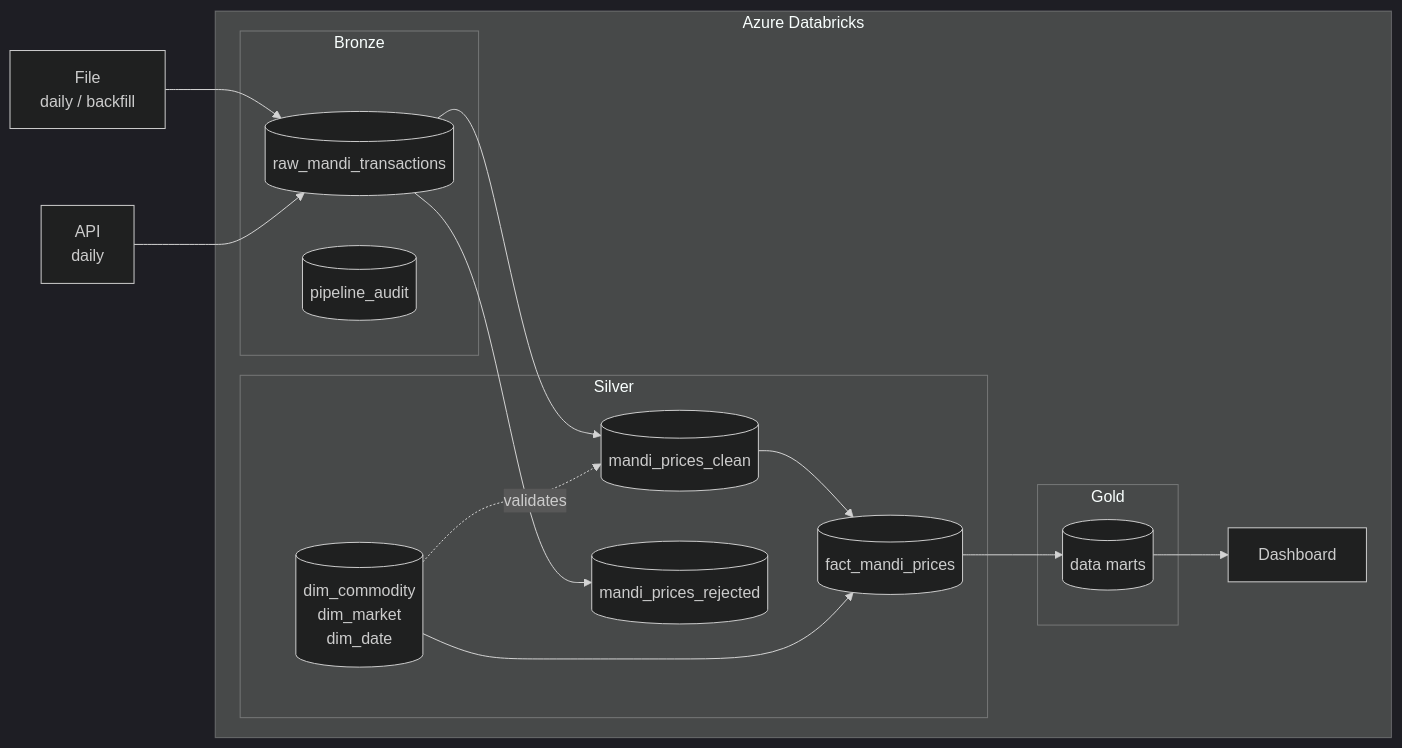
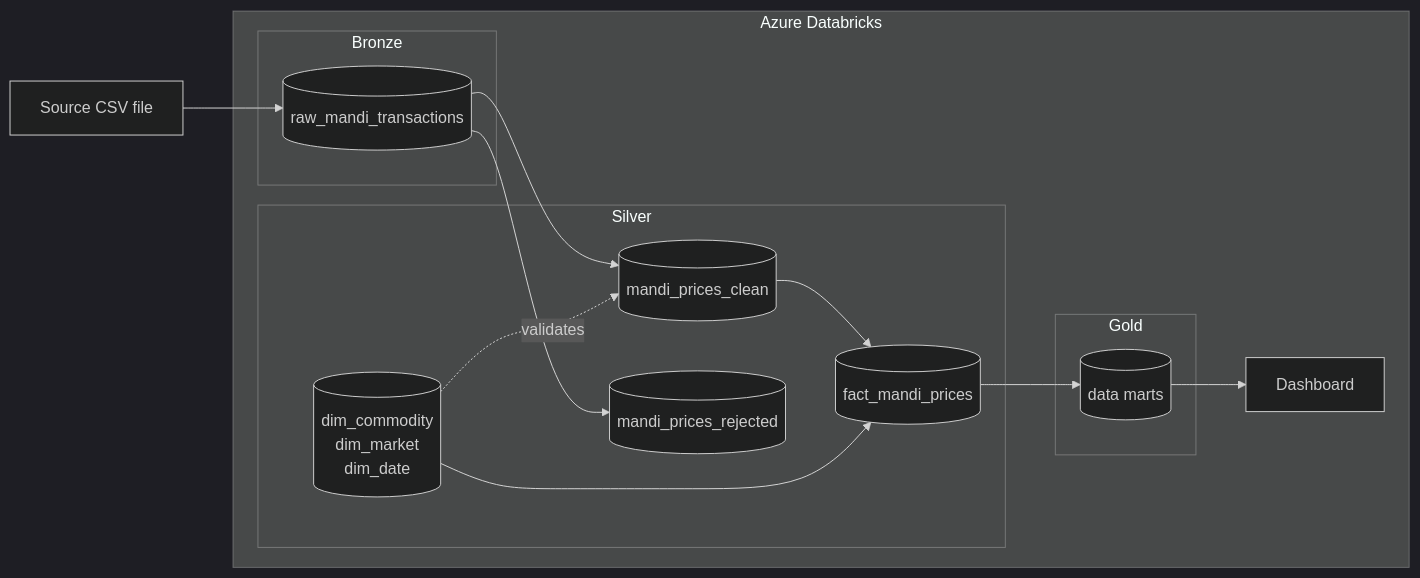
The diagram in README.md (engineer-jeetdhanesha/gujarat-mandi-pipeline), drawn with Mermaid (dark theme) before and after one commit. The commit also changed other lines of this file and 4 other files, not shown here.

````diff
--- a/README.md
+++ b/README.md
@@ -58,28 +58,26 @@
 ```mermaid
 flowchart LR
-  FILE["File<br/>daily / backfill"] --> RAW
-  API["API<br/>daily"] --> RAW
+  FILE["Source CSV file"] --> RAW
   subgraph Databricks["Azure Databricks"]
     subgraph Bronze
       RAW[("raw_mandi_transactions")]
-      AUD[("pipeline_audit")]
     end
     subgraph Silver
       CLEAN[("mandi_prices_clean")]
       REJ[("mandi_prices_rejected")]
       DIMS[("dim_commodity<br/>dim_market<br/>dim_date")]
       FACT[("fact_mandi_prices")]
     end
     subgraph Gold
       MARTS[("data marts")]
     end
     DASH["Dashboard"]
   end
   RAW --> CLEAN
   RAW --> REJ
   DIMS -. "validates" .-> CLEAN
   CLEAN --> FACT
   DIMS --> FACT
   FACT --> MARTS
   MARTS --> DASH
 ```
````
